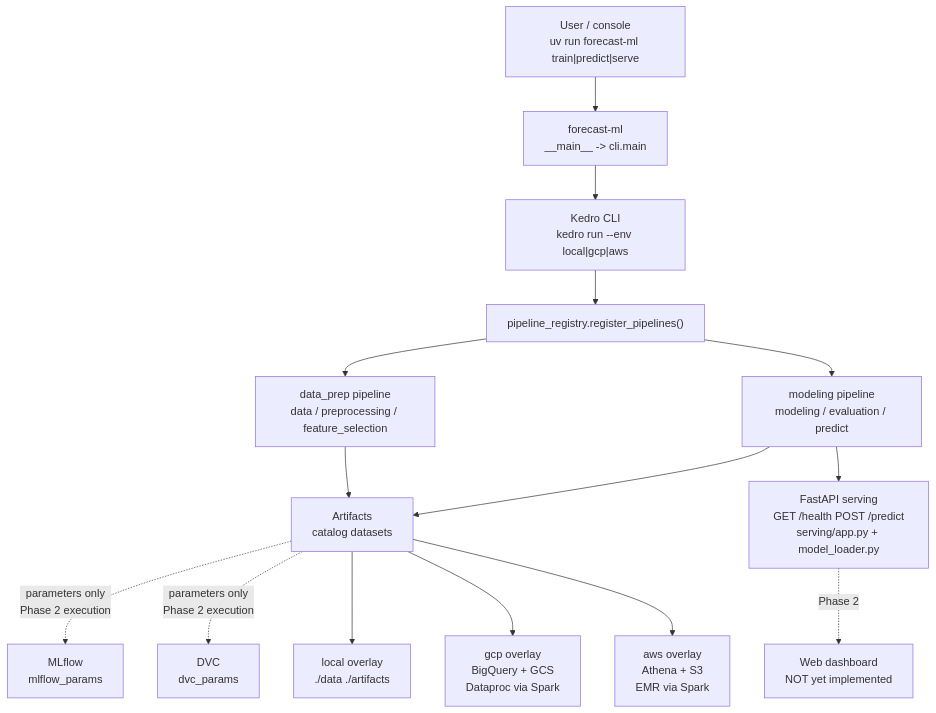
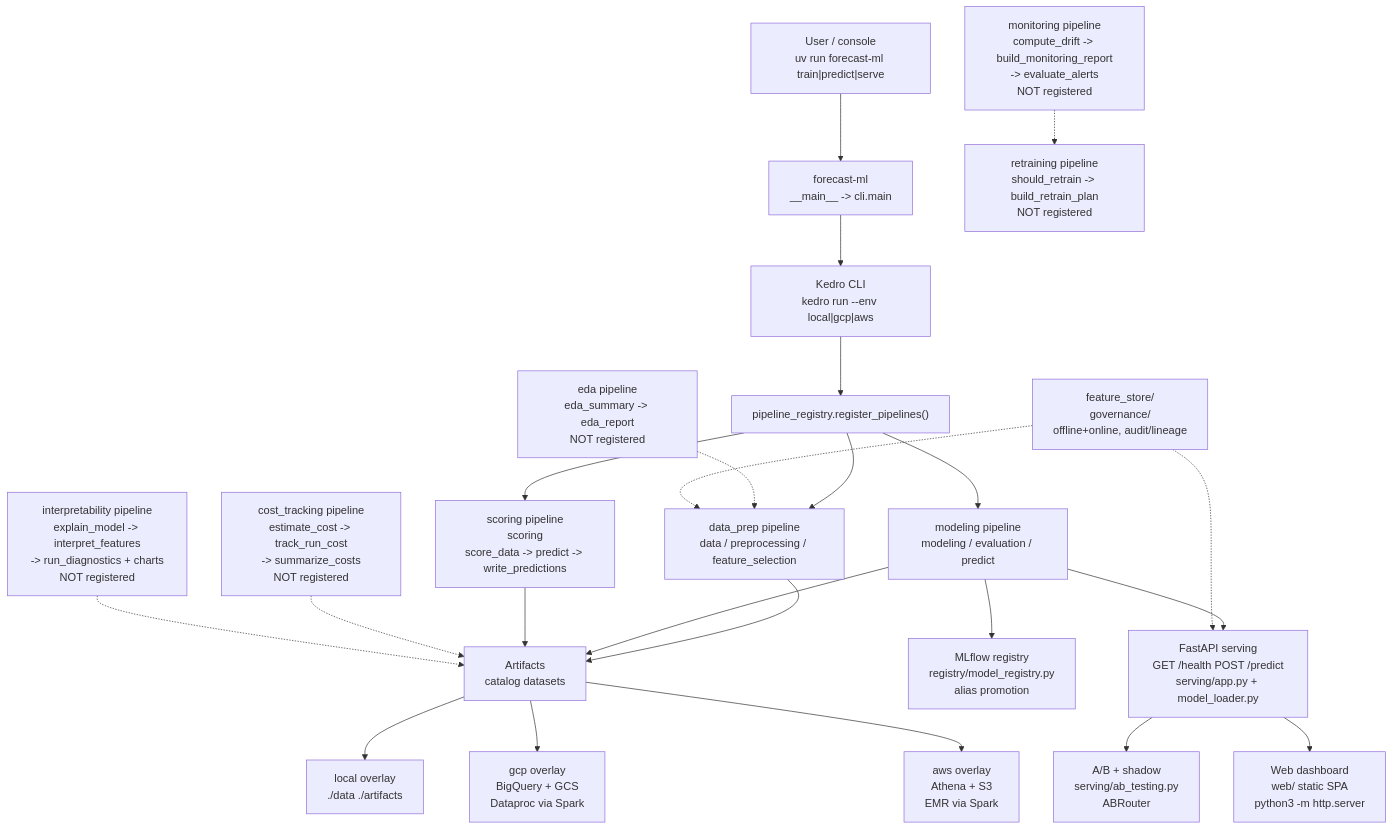
One commit to ankithaldar/all_projects changed the first of 6 diagrams in forecast_ml_framework/README.md. Above: the diagram before and after it, drawn with Mermaid. The commit also changed other lines of this file and 63 other files, not shown here.

First line of the commit message:
feat(forecast-ml): phase 3 monitoring, EDA, interpretability, governance

````diff
--- a/forecast_ml_framework/README.md
+++ b/forecast_ml_framework/README.md
@@ -201,17 +259,25 @@
 ```mermaid
 flowchart TD
   USER["User / console<br/>uv run forecast-ml train|predict|serve"] --> CLI["forecast-ml<br/>__main__ -> cli.main"]
   CLI --> KEDRO["Kedro CLI<br/>kedro run --env local|gcp|aws"]
   KEDRO --> REG["pipeline_registry.register_pipelines()"]
   REG --> DP["data_prep pipeline<br/>data / preprocessing / feature_selection"]
   REG --> MP["modeling pipeline<br/>modeling / evaluation / predict"]
+  REG --> SC["scoring pipeline<br/>scoring<br/>score_data -> predict -> write_predictions"]
   DP --> ART["Artifacts<br/>catalog datasets"]
   MP --> ART
-  ART -. "parameters only<br/>Phase 2 execution" .-> MLFLOW["MLflow<br/>mlflow_params"]
-  ART -. "parameters only<br/>Phase 2 execution" .-> DVC["DVC<br/>dvc_params"]
+  SC --> ART
+  MP --> REGISTRY["MLflow registry<br/>registry/model_registry.py<br/>alias promotion"]
   MP --> SERVE["FastAPI serving<br/>GET /health POST /predict<br/>serving/app.py + model_loader.py"]
-  SERVE -. "Phase 2" .-> DASH["Web dashboard<br/>NOT yet implemented"]
+  SERVE --> AB["A/B + shadow<br/>serving/ab_testing.py<br/>ABRouter"]
+  SERVE --> WEB["Web dashboard<br/>web/ static SPA<br/>python3 -m http.server"]
   ART --> LOCAL["local overlay<br/>./data ./artifacts"]
   ART --> GCP["gcp overlay<br/>BigQuery + GCS<br/>Dataproc via Spark"]
   ART --> AWS["aws overlay<br/>Athena + S3<br/>EMR via Spark"]
+  EDA["eda pipeline<br/>eda_summary -> eda_report<br/>NOT registered"] -.-> DP
+  MON["monitoring pipeline<br/>compute_drift -> build_monitoring_report<br/>-> evaluate_alerts<br/>NOT registered"] -.-> RET["retraining pipeline<br/>should_retrain -> build_retrain_plan<br/>NOT registered"]
+  COST["cost_tracking pipeline<br/>estimate_cost -> track_run_cost<br/>-> summarize_costs<br/>NOT registered"] -.-> ART
+  INTERP["interpretability pipeline<br/>explain_model -> interpret_features<br/>-> run_diagnostics + charts<br/>NOT registered"] -.-> ART
+  FS["feature_store/<br/>governance/<br/>offline+online, audit/lineage"] -.-> DP
+  FS -.-> SERVE
 ```
````
